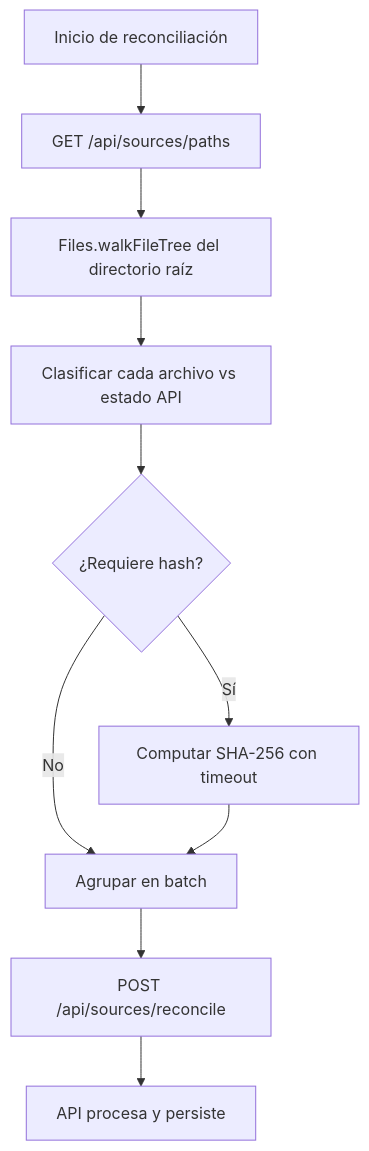
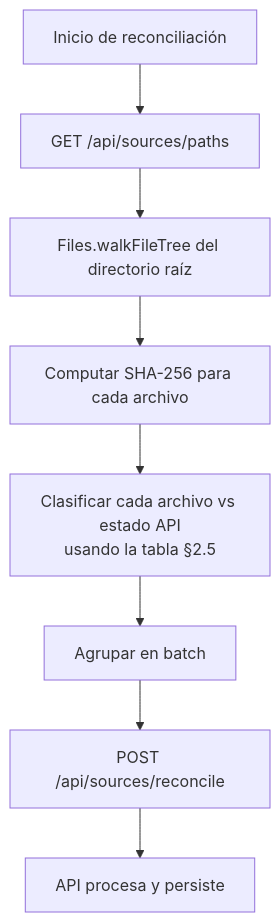
One commit to GIT-Marcos/biblocat changed the first of 5 diagrams in docs/agent.md. Above: the diagram before and after it, drawn with Mermaid. The commit also changed other lines of this file and 11 other files, not shown here.

````diff
--- a/docs/agent.md
+++ b/docs/agent.md
@@ -64,12 +64,10 @@
 ```mermaid
 flowchart TD
     A[Inicio de reconciliación] --> B[GET /api/sources/paths]
     B --> C[Files.walkFileTree del directorio raíz]
-    C --> D[Clasificar cada archivo vs estado API]
-    D --> E{"¿Requiere hash?"}
-    E -->|No| F[Agrupar en batch]
-    E -->|Sí| G[Computar SHA-256 con timeout]
-    G --> F
-    F --> H[POST /api/sources/reconcile]
-    H --> I[API procesa y persiste]
+    C --> D[Computar SHA-256 para cada archivo]
+    D --> E[Clasificar cada archivo vs estado API<br/>usando la tabla §2.5]
+E --> F[Agrupar en batch]
+F --> G[POST /api/sources/reconcile]
+G --> H[API procesa y persiste]
 ```
````
